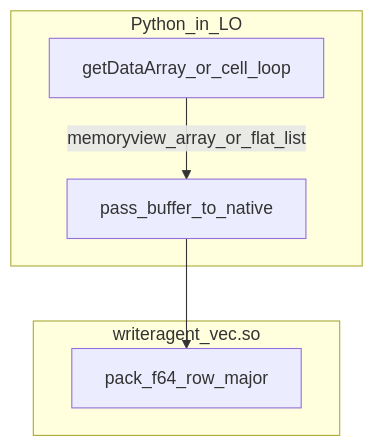
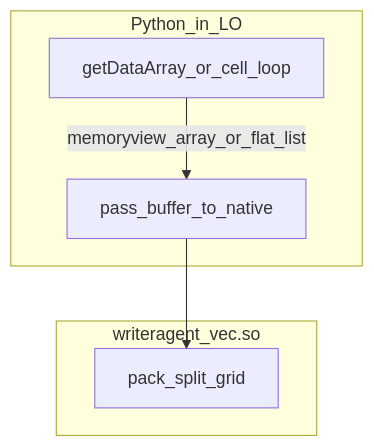
The second of 2 diagrams in docs/numpy-serialization.md (KeithCu/writeragent), drawn with Mermaid before and after one commit. The commit also changed other lines of this file and 8 other files, not shown here.

Commit message:
simplify to only split grid blob serialization

````diff
--- a/docs/numpy-serialization.md
+++ b/docs/numpy-serialization.md
@@ -305,11 +367,11 @@
 ```mermaid
 flowchart TB
   subgraph py_host [Python_in_LO]
     UNO[getDataArray_or_cell_loop]
     Bridge[pass_buffer_to_native]
   end
   subgraph native [writeragent_vec.so]
-    Pack[pack_f64_row_major]
+    Pack[pack_split_grid]
   end
   UNO -->|"memoryview_array_or_flat_list"| Bridge --> Pack
 ```
````
